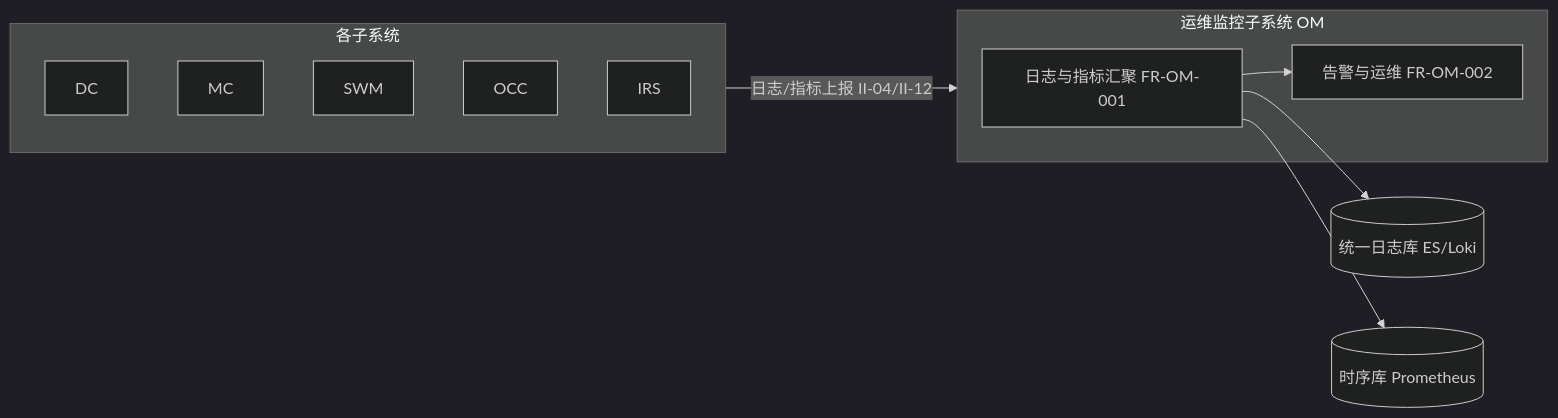
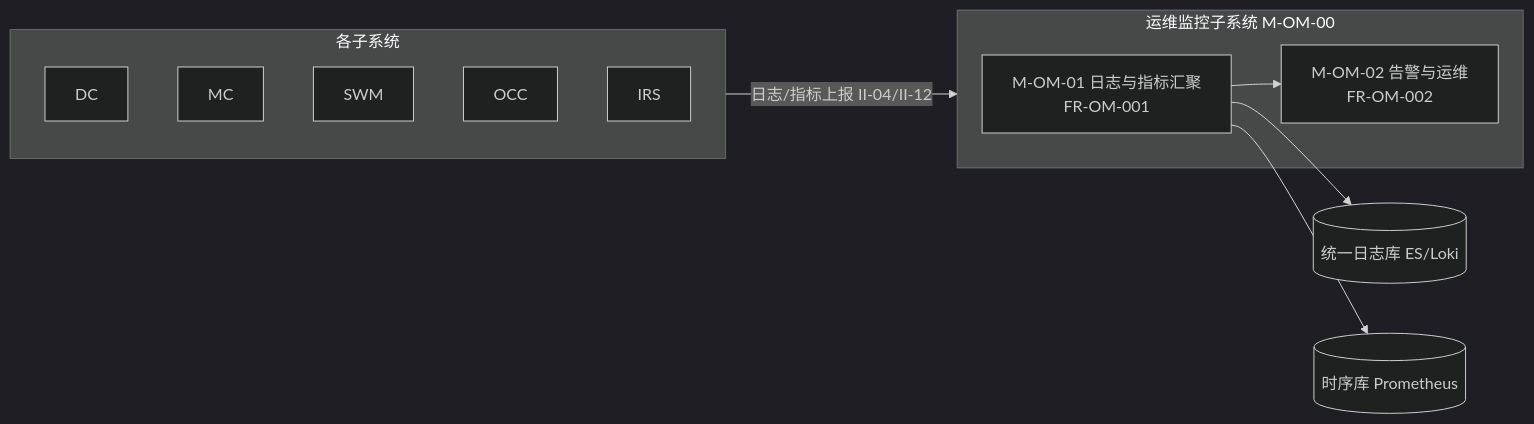
The tenth of 13 diagrams in 公司项目/认知作战/文档/软件概要设计说明.md (Sj-g/obsidian), drawn with Mermaid (dark theme) before and after one commit. The commit also changed other lines of this file, not shown here.

````diff
--- a/公司项目/认知作战/文档/软件概要设计说明.md
+++ b/公司项目/认知作战/文档/软件概要设计说明.md
@@ -401,14 +403,14 @@
 ```mermaid
 flowchart LR
     subgraph SRC["各子系统"]
         DC & MC & SWM & OCC & IRS
     end
     SRC -->|"日志/指标上报 II-04/II-12"| OM
-    subgraph OM["运维监控子系统 OM"]
-        OM1["日志与指标汇聚 FR-OM-001"]
-        OM2["告警与运维 FR-OM-002"]
+    subgraph OM["运维监控子系统 M-OM-00"]
+        OM1["M-OM-01 日志与指标汇聚<br/>FR-OM-001"]
+        OM2["M-OM-02 告警与运维<br/>FR-OM-002"]
         OM1 --> OM2
     end
     OM1 --> LOG[("统一日志库 ES/Loki")]
     OM1 --> TS[("时序库 Prometheus")]
 ```
````
